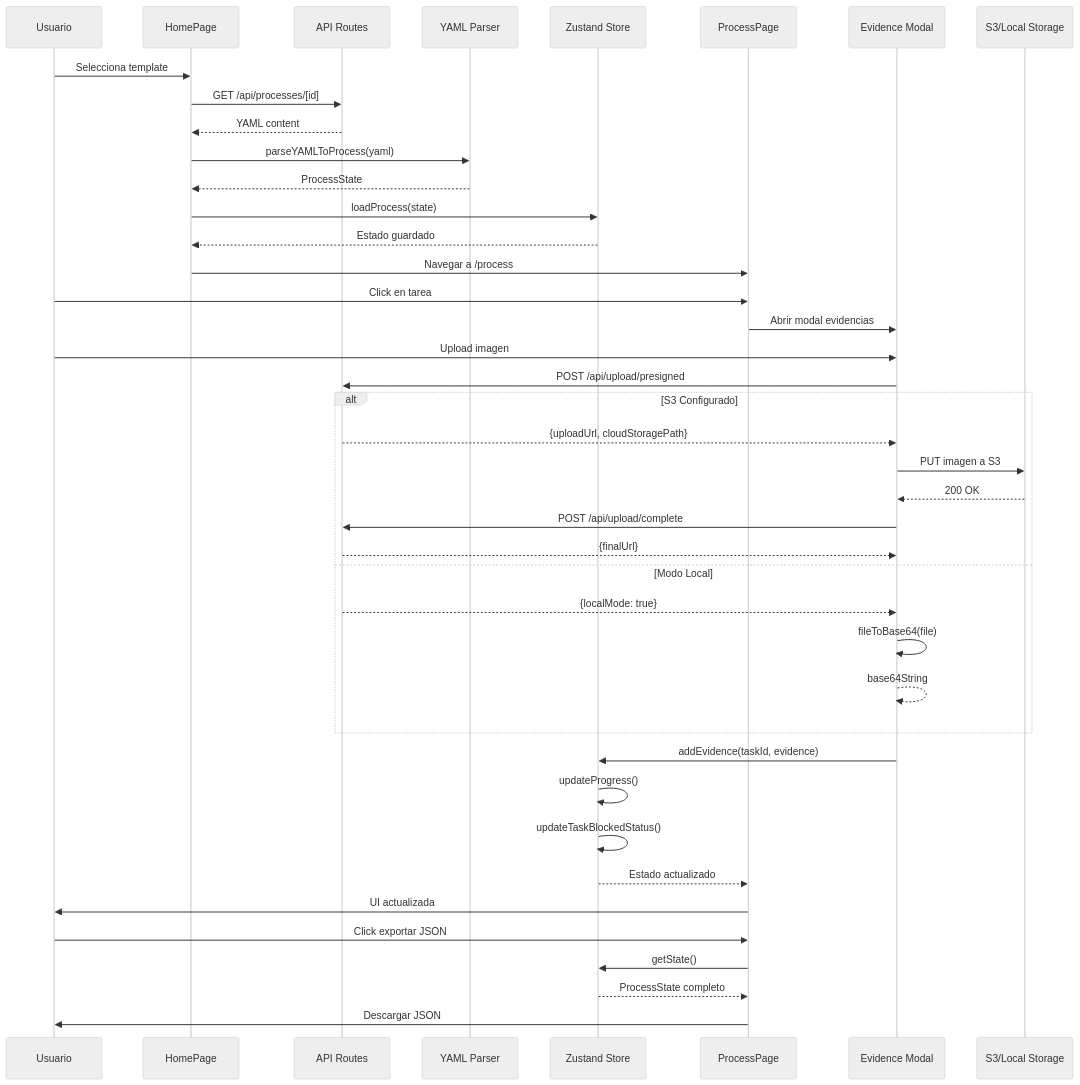
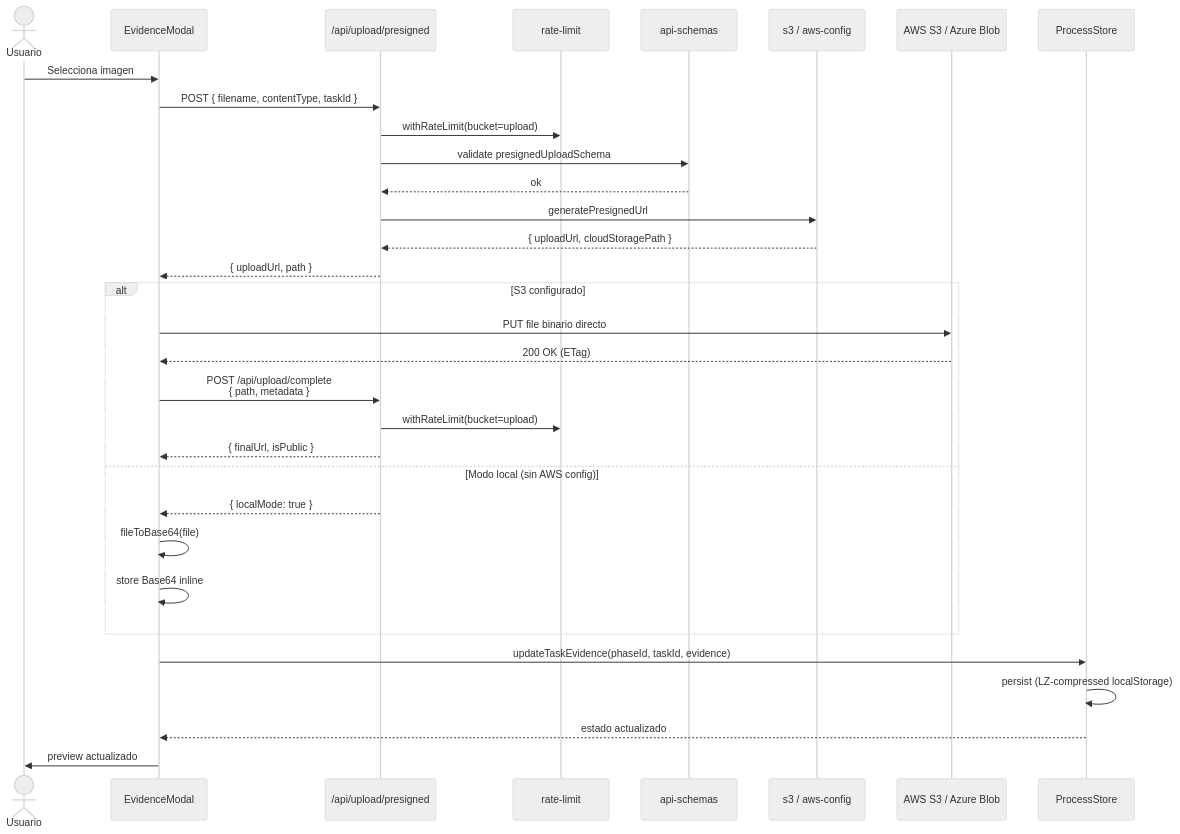
One commit to habolanos/devsecops-process-tracker changed the fourth of 8 diagrams in docs/diagrams/flujo-datos.md. Above: the diagram before and after it, drawn with Mermaid (neutral theme). The commit also changed other lines of this file and 2 other files, not shown here.

````diff
--- a/docs/diagrams/flujo-datos.md
+++ b/docs/diagrams/flujo-datos.md
@@ -27,48 +118,37 @@
 ```mermaid
 sequenceDiagram
-    participant U as Usuario
-    participant HP as HomePage
-    participant API as API Routes
-    participant Parser as YAML Parser
-    participant Store as Zustand Store
-    participant PP as ProcessPage
-    participant Modal as Evidence Modal
-    participant S3 as S3/Local Storage
-    
-    U->>HP: Selecciona template
-    HP->>API: GET /api/processes/[id]
-    API-->>HP: YAML content
-    HP->>Parser: parseYAMLToProcess(yaml)
-    Parser-->>HP: ProcessState
-    HP->>Store: loadProcess(state)
-    Store-->>HP: Estado guardado
-    HP->>PP: Navegar a /process
-    
-    U->>PP: Click en tarea
-    PP->>Modal: Abrir modal evidencias
-    U->>Modal: Upload imagen
-    Modal->>API: POST /api/upload/presigned
-    
-    alt S3 Configurado
-        API-->>Modal: {uploadUrl, cloudStoragePath}
-        Modal->>S3: PUT imagen a S3
-        S3-->>Modal: 200 OK
-        Modal->>API: POST /api/upload/complete
-        API-->>Modal: {finalUrl}
-    else Modo Local
-        API-->>Modal: {localMode: true}
-        Modal->>Modal: fileToBase64(file)
-        Modal-->>Modal: base64String
+    actor U as Usuario
+    participant EM as EvidenceModal
+    participant API as /api/upload/presigned
+    participant RL as rate-limit
+    participant Zod as api-schemas
+    participant S3Utils as s3 / aws-config
+    participant S3 as AWS S3 / Azure Blob
+    participant PS as ProcessStore
+
+    U->>EM: Selecciona imagen
+    EM->>API: POST { filename, contentType, taskId }
+    API->>RL: withRateLimit(bucket=upload)
+    API->>Zod: validate presignedUploadSchema
+    Zod-->>API: ok
+    API->>S3Utils: generatePresignedUrl
+    S3Utils-->>API: { uploadUrl, cloudStoragePath }
+    API-->>EM: { uploadUrl, path }
+
+    alt S3 configurado
+        EM->>S3: PUT file binario directo
+        S3-->>EM: 200 OK (ETag)
+        EM->>API: POST /api/upload/complete<br/>{ path, metadata }
+        API->>RL: withRateLimit(bucket=upload)
+        API-->>EM: { finalUrl, isPublic }
+    else Modo local (sin AWS config)
+        API-->>EM: { localMode: true }
+        EM->>EM: fileToBase64(file)
+        EM->>EM: store Base64 inline
     end
-    
-    Modal->>Store: addEvidence(taskId, evidence)
-    Store->>Store: updateProgress()
-    Store->>Store: updateTaskBlockedStatus()
-    Store-->>PP: Estado actualizado
-    PP->>U: UI actualizada
-    
-    U->>PP: Click exportar JSON
-    PP->>Store: getState()
-    Store-->>PP: ProcessState completo
-    PP->>U: Descargar JSON
+
+    EM->>PS: updateTaskEvidence(phaseId, taskId, evidence)
+    PS->>PS: persist (LZ-compressed localStorage)
+    PS-->>EM: estado actualizado
+    EM->>U: preview actualizado
 ```
````
